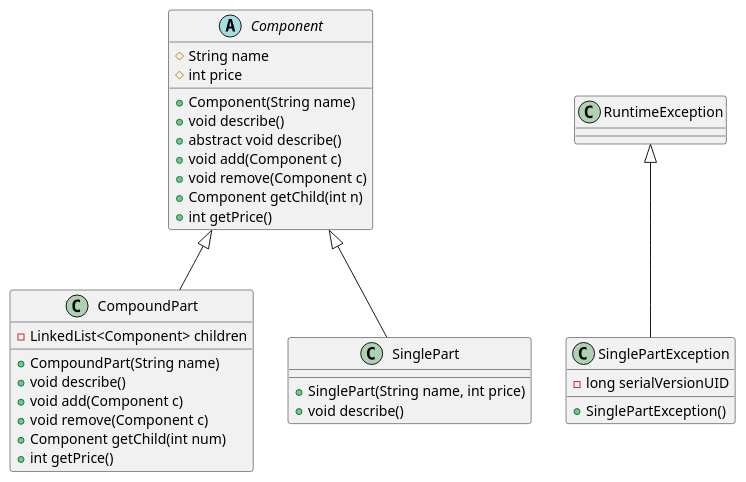
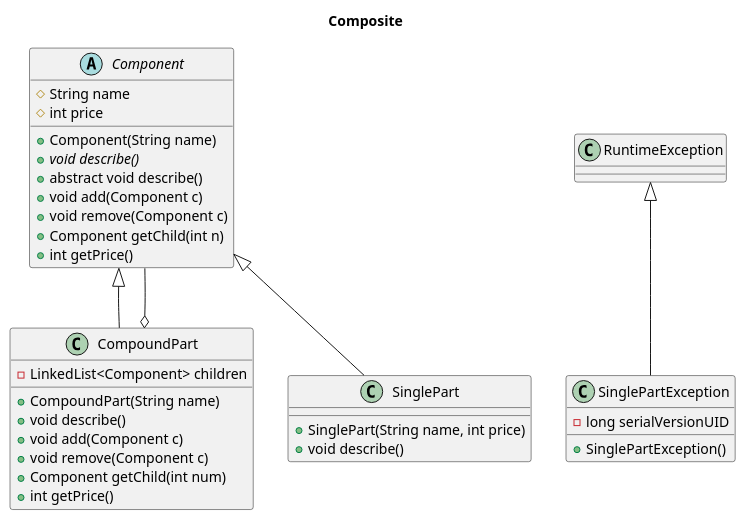
The diagram in Composite/uml/ClassDiagram.puml (BeqaKhaburdzania/FreeUni-SDP-2013-Lab-UML), drawn with PlantUML before and after one commit. The commit also changed other lines of this file and 1 other file, not shown here.

Commit message:
#8 added sequence uml and changed class diagram

```diff
--- a/Composite/uml/ClassDiagram.puml
+++ b/Composite/uml/ClassDiagram.puml
@@ -1,40 +1,44 @@
 @startuml
+	
+	title Composite
+	
 	abstract class Component{
 		# String name
 		# int price
 		+ Component(String name)
-		+ void describe()
+		+ {abstract} void describe()
 		+ abstract void describe()
 		+ void add(Component c)
 		+ void remove(Component c)
 		+ Component getChild(int n)
 		+ int getPrice()
 	}
 	class CompoundPart{
 		- LinkedList<Component> children
 		+ CompoundPart(String name)
 		+ void describe()
 		+ void add(Component c)
 		+void remove(Component c)
 		+Component getChild(int num)
 		+int getPrice()
 	}
 	
 	class SinglePart {
 		+SinglePart(String name, int price)
 		+void describe()
 	}
 	
 	
 	
 	class SinglePartException {
 		-long serialVersionUID
 		+SinglePartException()
 	}
 	
 
 	RuntimeException <|-- SinglePartException
 	Component <|-- SinglePart
 	Component <|-- CompoundPart
+	Component --o CompoundPart
 	
 @enduml
```
